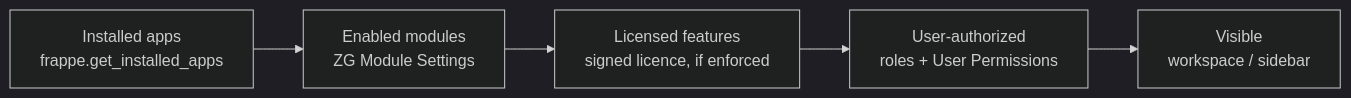
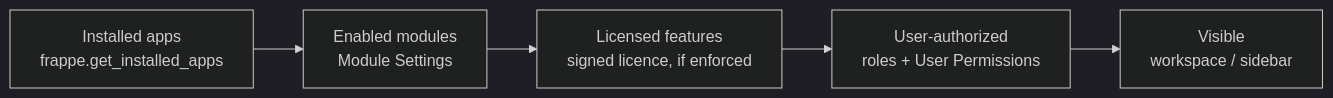
One commit to teamzatgoinnovation-collab/zatgo-core changed the second of 6 diagrams in docs/TARGET_ARCHITECTURE.md. Above: the diagram before and after it, drawn with Mermaid (dark theme). The commit also changed 7 other files, not shown here.

````diff
--- a/docs/TARGET_ARCHITECTURE.md
+++ b/docs/TARGET_ARCHITECTURE.md
@@ -57,7 +57,7 @@
 ```mermaid
 flowchart LR
-  I[Installed apps<br/>frappe.get_installed_apps] --> E[Enabled modules<br/>ZG Module Settings]
+  I[Installed apps<br/>frappe.get_installed_apps] --> E[Enabled modules<br/>Module Settings]
   E --> L[Licensed features<br/>signed licence, if enforced]
   L --> U[User-authorized<br/>roles + User Permissions]
   U --> V[Visible<br/>workspace / sidebar]
 ```
````
